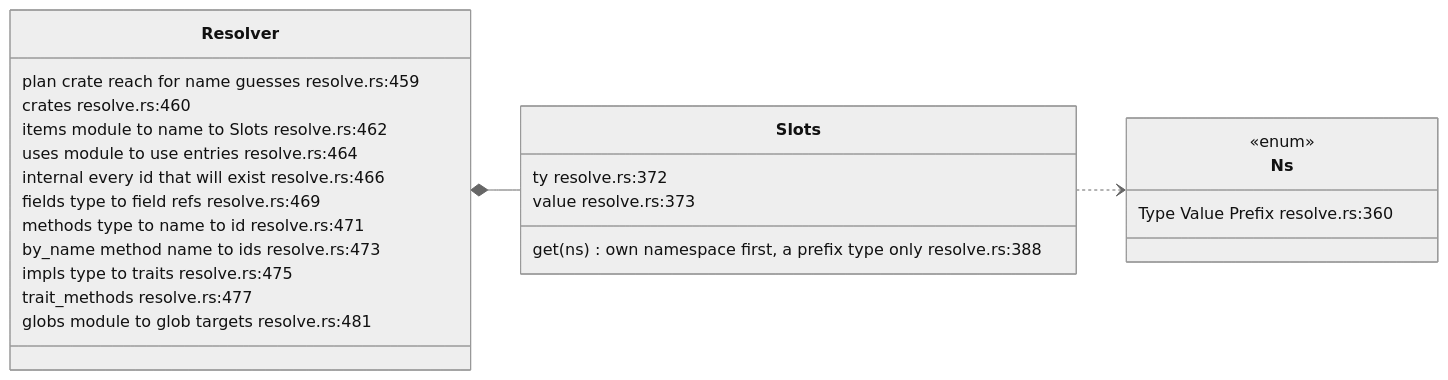
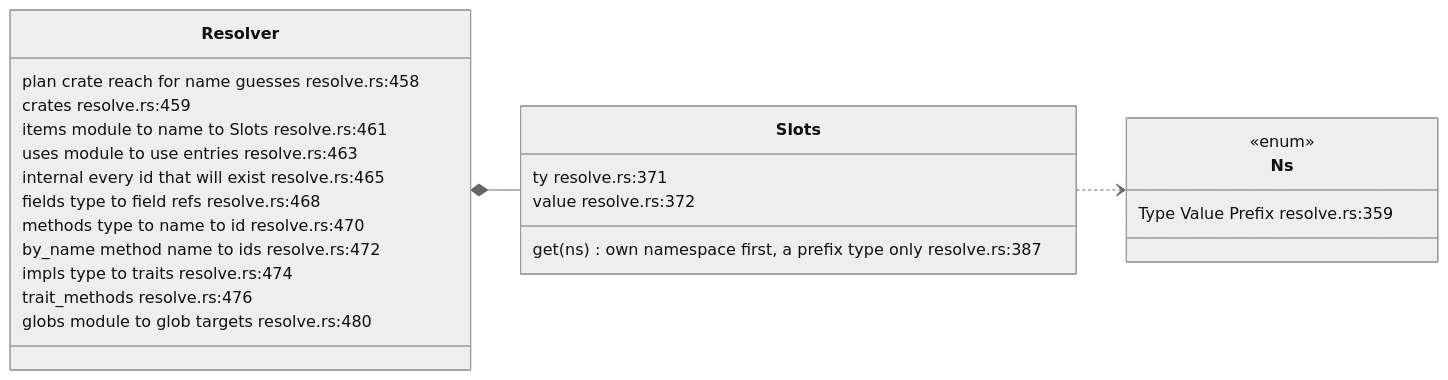
One commit to DreamLab-AI/codemaid changed the first of 6 diagrams in docs/diagrams/extract/05-workspace-name-resolution.md. Above: the diagram before and after it, drawn with Mermaid (neutral theme). The commit also changed other lines of this file and 21 other files, not shown here.

````diff
--- a/docs/diagrams/extract/05-workspace-name-resolution.md
+++ b/docs/diagrams/extract/05-workspace-name-resolution.md
@@ -58,28 +58,28 @@
 ```mermaid
 classDiagram
     direction LR
     class Resolver {
-        plan crate reach for name guesses  resolve.rs:459
-        crates  resolve.rs:460
-        items module to name to Slots  resolve.rs:462
-        uses module to use entries  resolve.rs:464
-        internal every id that will exist  resolve.rs:466
-        fields type to field refs  resolve.rs:469
-        methods type to name to id  resolve.rs:471
-        by_name method name to ids  resolve.rs:473
-        impls type to traits  resolve.rs:475
-        trait_methods  resolve.rs:477
-        globs module to glob targets  resolve.rs:481
+        plan crate reach for name guesses  resolve.rs:458
+        crates  resolve.rs:459
+        items module to name to Slots  resolve.rs:461
+        uses module to use entries  resolve.rs:463
+        internal every id that will exist  resolve.rs:465
+        fields type to field refs  resolve.rs:468
+        methods type to name to id  resolve.rs:470
+        by_name method name to ids  resolve.rs:472
+        impls type to traits  resolve.rs:474
+        trait_methods  resolve.rs:476
+        globs module to glob targets  resolve.rs:480
     }
     class Slots {
-        ty  resolve.rs:372
-        value  resolve.rs:373
-        get(ns) own namespace first, a prefix type only  resolve.rs:388
+        ty  resolve.rs:371
+        value  resolve.rs:372
+        get(ns) own namespace first, a prefix type only  resolve.rs:387
     }
     class Ns {
         <<enum>>
-        Type Value Prefix  resolve.rs:360
+        Type Value Prefix  resolve.rs:359
     }
     Resolver *-- Slots
     Slots ..> Ns
 ```
````
